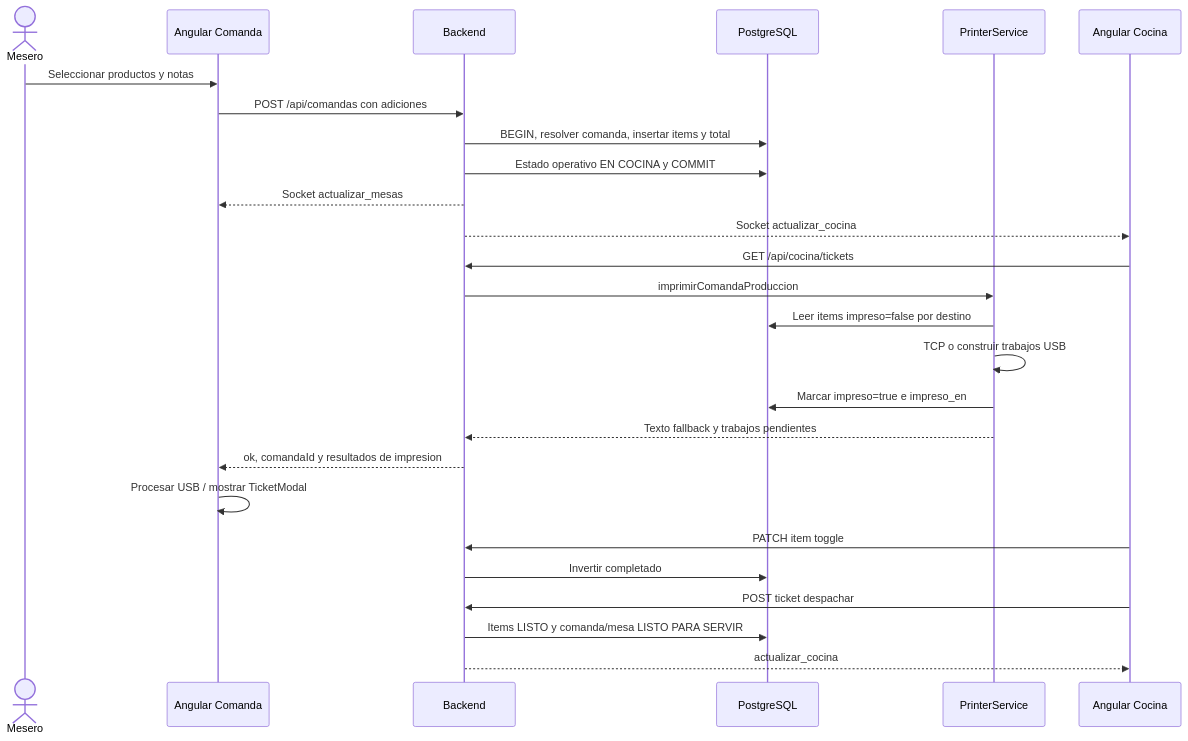
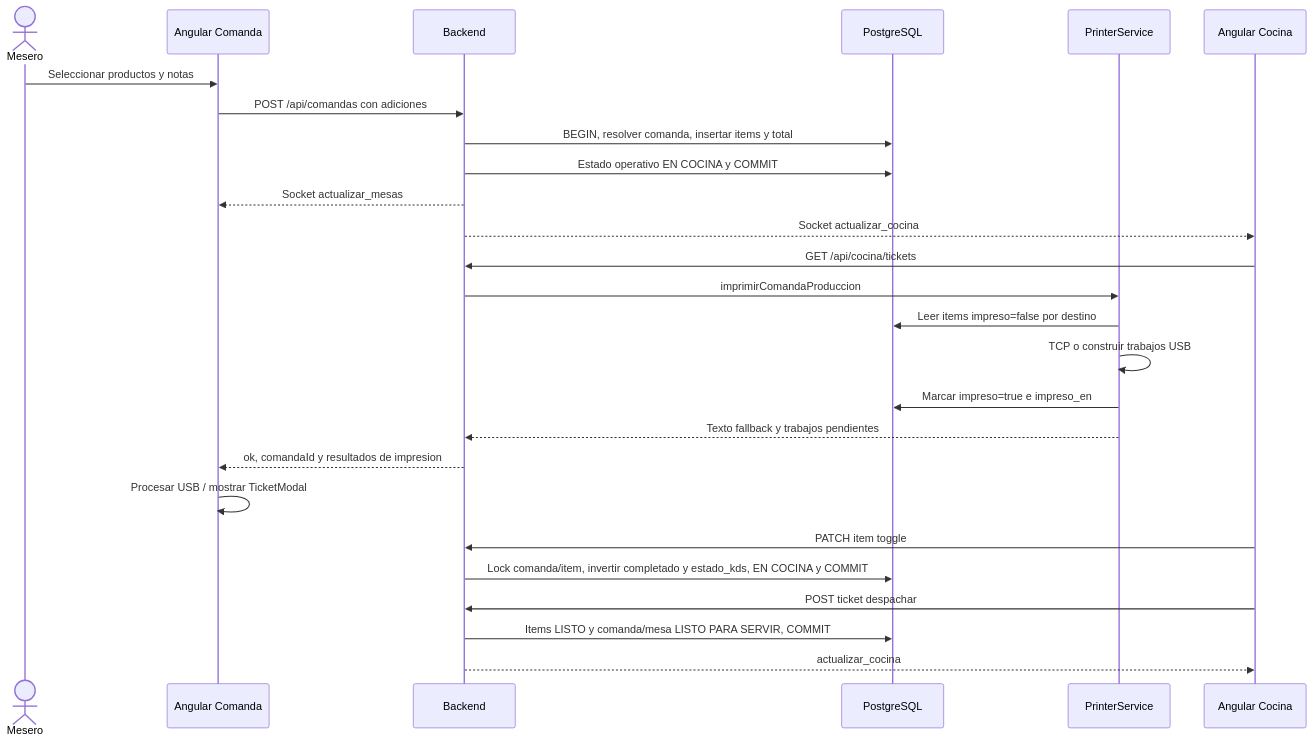
Before and after one commit to LAngelVp/Borboto: the fourth of 7 diagrams in docs/especificaciones/04-flujos-y-funcionalidad.md, drawn with Mermaid. The commit also changed other lines of this file and 18 other files, not shown here.

Commit message:
feat(sdd-010): completar flujo KDS por item, tiempos reales, accion servir y filtro finalizados

````diff
--- a/docs/especificaciones/04-flujos-y-funcionalidad.md
+++ b/docs/especificaciones/04-flujos-y-funcionalidad.md
@@ -156,28 +156,28 @@
 ```mermaid
 sequenceDiagram
   actor M as Mesero
   participant U as Angular Comanda
   participant B as Backend
   participant DB as PostgreSQL
   participant P as PrinterService
   participant K as Angular Cocina
   M->>U: Seleccionar productos y notas
   U->>B: POST /api/comandas con adiciones
   B->>DB: BEGIN, resolver comanda, insertar items y total
   B->>DB: Estado operativo EN COCINA y COMMIT
   B-->>U: Socket actualizar_mesas
   B-->>K: Socket actualizar_cocina
   K->>B: GET /api/cocina/tickets
   B->>P: imprimirComandaProduccion
   P->>DB: Leer items impreso=false por destino
   P->>P: TCP o construir trabajos USB
   P->>DB: Marcar impreso=true e impreso_en
   P-->>B: Texto fallback y trabajos pendientes
   B-->>U: ok, comandaId y resultados de impresion
   U->>U: Procesar USB / mostrar TicketModal
   K->>B: PATCH item toggle
-  B->>DB: Invertir completado
+  B->>DB: Lock comanda/item, invertir completado y estado_kds, EN COCINA y COMMIT
   K->>B: POST ticket despachar
-  B->>DB: Items LISTO y comanda/mesa LISTO PARA SERVIR
+  B->>DB: Items LISTO y comanda/mesa LISTO PARA SERVIR, COMMIT
   B-->>K: actualizar_cocina
 ```
````
